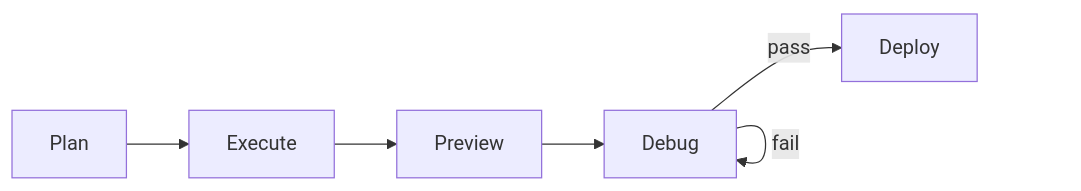
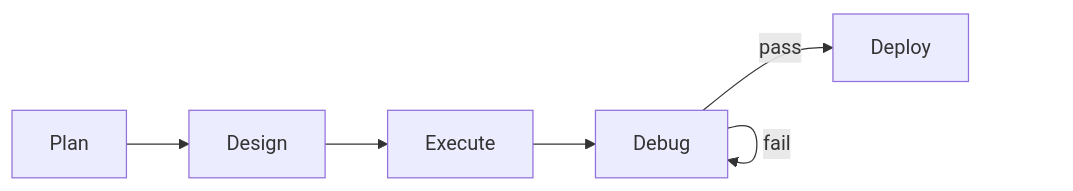
The diagram in docs/landing-page-prompt.md (velo4705/cubicore), drawn with Mermaid before and after one commit. The commit also changed other lines of this file and 5 other files, not shown here.

````diff
--- a/docs/landing-page-prompt.md
+++ b/docs/landing-page-prompt.md
@@ -114,8 +142,8 @@
 ```mermaid
 graph LR
-  A[Plan] --> B[Execute]
-  B --> C[Preview]
+  A[Plan] --> B[Design]
+  B --> C[Execute]
   C --> D[Debug]
   D -->|fail| D
   D -->|pass| E[Deploy]
 ```
````
